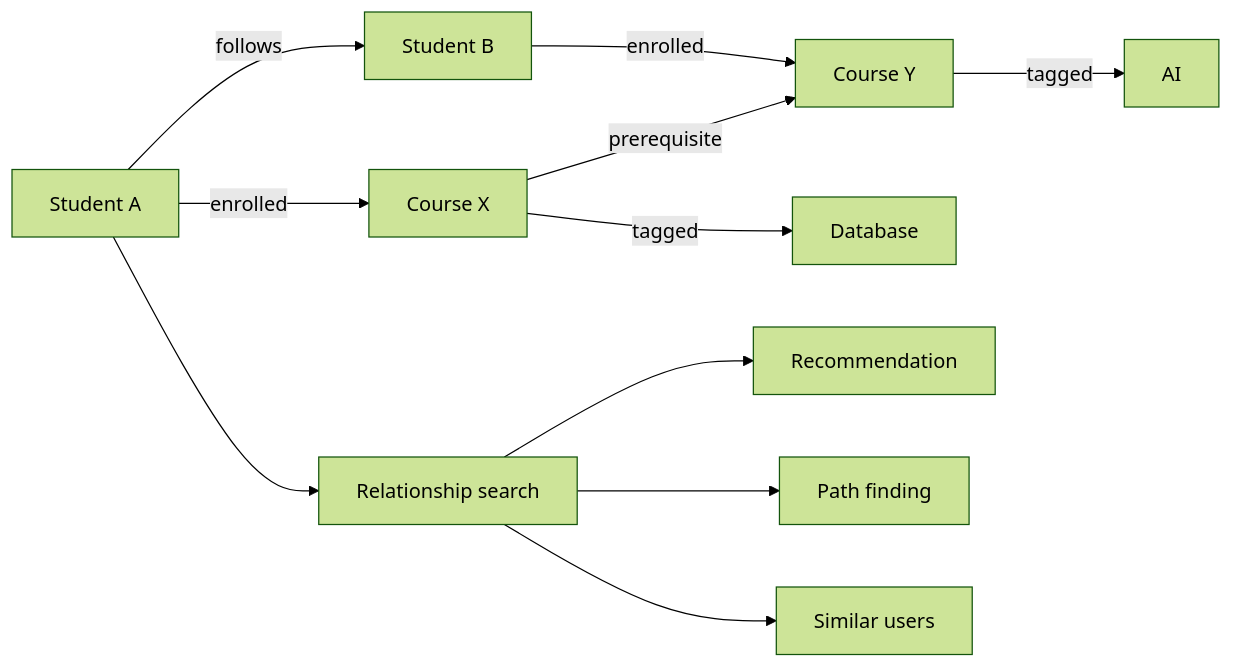
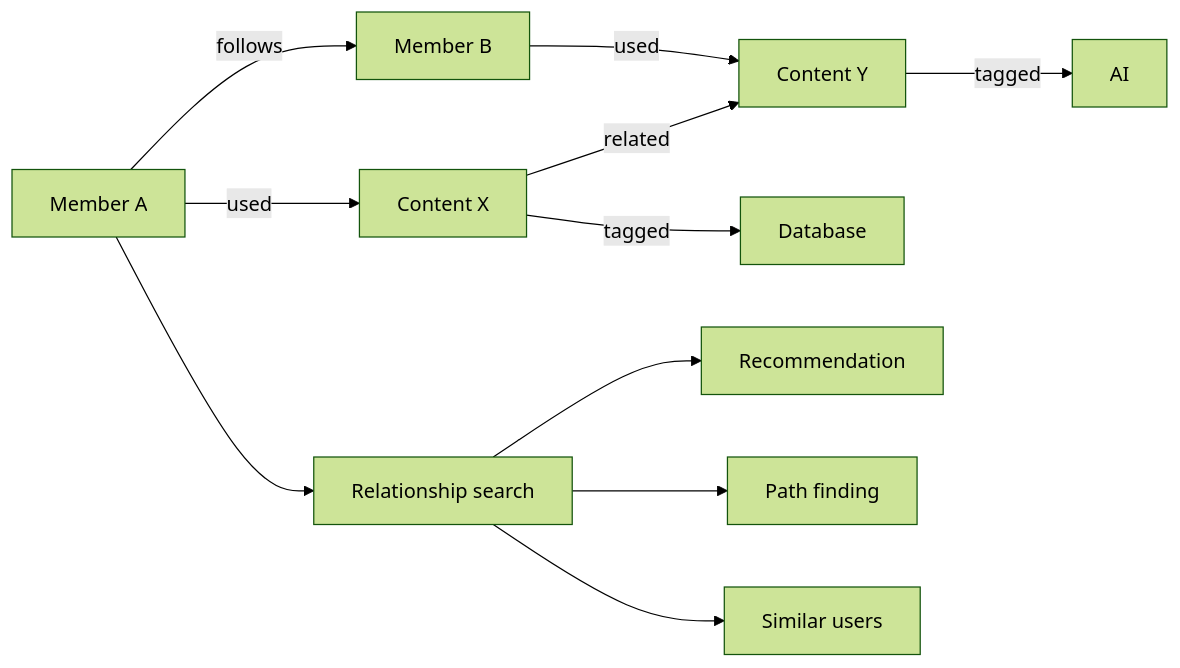
Before and after one commit to GilbertMoon/ai-database-book: the diagram in images/chapter12/ch12_06_graph_relationship_search.mmd, drawn with Mermaid (forest theme). The commit also changed 82 other files, not shown here.

```diff
--- a/images/chapter12/ch12_06_graph_relationship_search.mmd
+++ b/images/chapter12/ch12_06_graph_relationship_search.mmd
@@ -1,12 +1,12 @@
 flowchart LR
-    A[Student A] -->|enrolled| B[Course X]
-    A -->|follows| C[Student B]
-    C -->|enrolled| D[Course Y]
-    B -->|prerequisite| D
+    A[Member A] -->|used| B[Content X]
+    A -->|follows| C[Member B]
+    C -->|used| D[Content Y]
+    B -->|related| D
     B -->|tagged| E[Database]
     D -->|tagged| F[AI]
 
     A --> G[Relationship search]
     G --> H[Recommendation]
     G --> I[Path finding]
     G --> J[Similar users]
```
